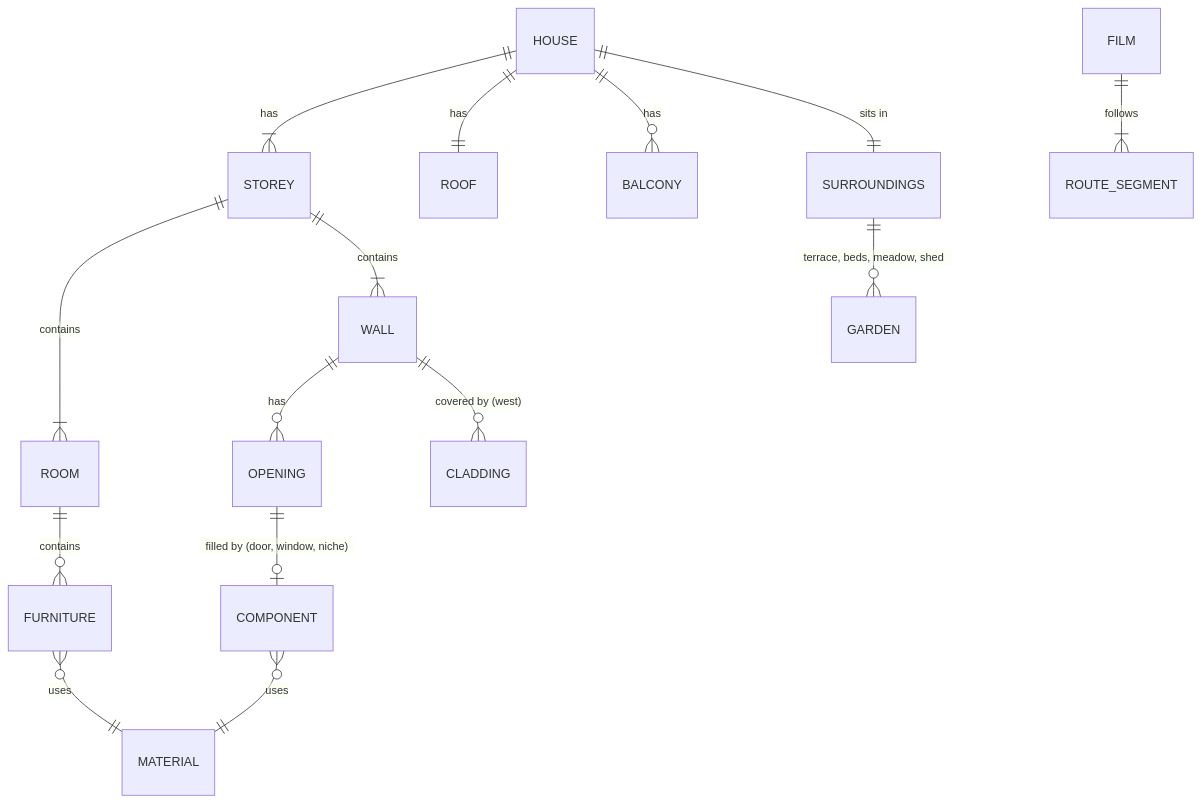
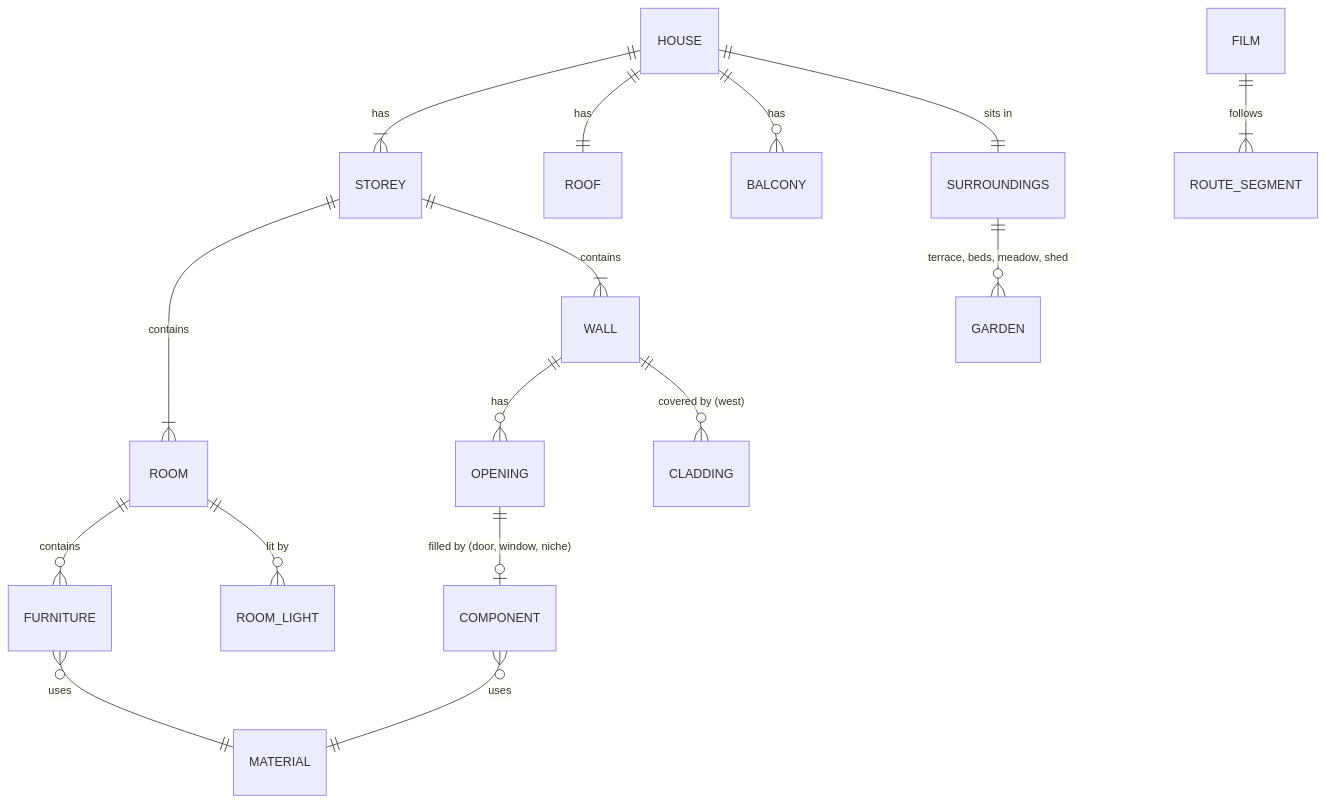
The first of 4 diagrams in specs/system/domain.md (tillg/frechen_blender), drawn with Mermaid before and after one commit. The commit also changed other lines of this file and 6 other files, not shown here.

````diff
--- a/specs/system/domain.md
+++ b/specs/system/domain.md
@@ -43,17 +59,18 @@
 ```mermaid
 erDiagram
     HOUSE ||--|{ STOREY : has
     HOUSE ||--|| ROOF : has
     HOUSE ||--o{ BALCONY : has
     STOREY ||--|{ ROOM : contains
     STOREY ||--|{ WALL : contains
     WALL ||--o{ OPENING : has
     OPENING ||--o| COMPONENT : "filled by (door, window, niche)"
     ROOM ||--o{ FURNITURE : contains
+    ROOM ||--o{ ROOM_LIGHT : "lit by"
     WALL ||--o{ CLADDING : "covered by (west)"
     COMPONENT }o--|| MATERIAL : uses
     FURNITURE }o--|| MATERIAL : uses
     HOUSE ||--|| SURROUNDINGS : "sits in"
     SURROUNDINGS ||--o{ GARDEN : "terrace, beds, meadow, shed"
     FILM ||--|{ ROUTE_SEGMENT : follows
 ```
````
